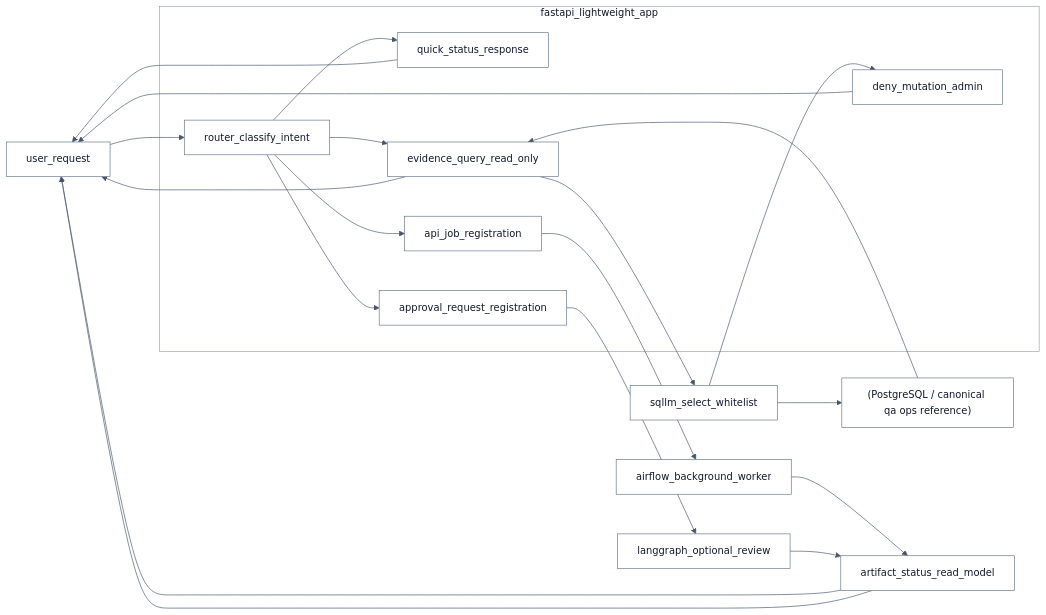
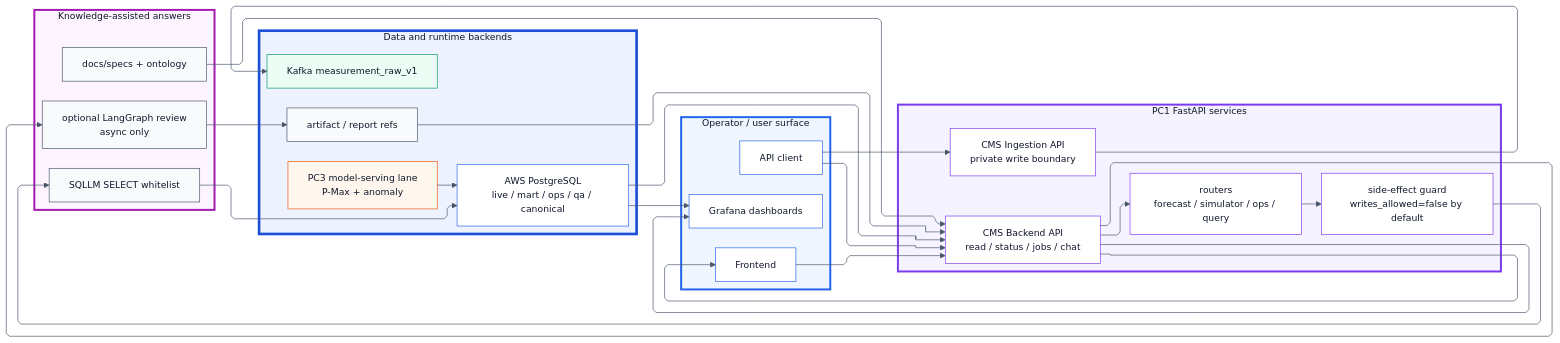
One commit to SKNETWORKS-FAMILY-AICAMP/SKN25-FINAL-4Team changed the diagram in docs/specs/diagrams/flow_05_app_pipeline.mmd. Above: the diagram before and after it, drawn with Mermaid. The commit also changed 296 other files, not shown here.

Commit message:
chore: prepare cms runtime staging branch

```diff
--- a/docs/specs/diagrams/flow_05_app_pipeline.mmd
+++ b/docs/specs/diagrams/flow_05_app_pipeline.mmd
@@ -1,22 +1,75 @@
-%%{init: {"theme": "base", "flowchart": {"htmlLabels": false, "curve": "basis", "nodeSpacing": 60, "rankSpacing": 75}, "themeVariables": {"background": "#ffffff", "mainBkg": "#ffffff", "primaryColor": "#f8fafc", "primaryBorderColor": "#64748b", "primaryTextColor": "#0f172a", "secondaryColor": "#f1f5f9", "secondaryBorderColor": "#94a3b8", "secondaryTextColor": "#0f172a", "tertiaryColor": "#ffffff", "tertiaryBorderColor": "#cbd5e1", "tertiaryTextColor": "#0f172a", "clusterBkg": "#ffffff", "clusterBorder": "#94a3b8", "edgeLabelBackground": "#ffffff", "lineColor": "#475569", "fontFamily": "Arial, sans-serif", "fontSize": "15px"}} }%%
+%%{init: {"theme": "base", "layout": "elk", "flowchart": {"htmlLabels": false, "curve": "linear", "nodeSpacing": 40, "rankSpacing": 58}, "themeVariables": {"background": "#ffffff", "mainBkg": "#ffffff", "primaryColor": "#ffffff", "primaryBorderColor": "#475569", "primaryTextColor": "#0f172a", "secondaryColor": "#f8fafc", "secondaryBorderColor": "#94a3b8", "secondaryTextColor": "#0f172a", "tertiaryColor": "#ffffff", "tertiaryBorderColor": "#cbd5e1", "tertiaryTextColor": "#0f172a", "clusterBkg": "#ffffff", "clusterBorder": "#94a3b8", "edgeLabelBackground": "#ffffff", "lineColor": "#475569", "fontFamily": "Arial, sans-serif", "fontSize": "14px"}} }%%
 flowchart LR
-    U["user_request"]
-    subgraph API["fastapi_lightweight_app"]
-      ROUTE["router_classify_intent"]
-      QUICK["quick_status_response"]
-      EVID["evidence_query_read_only"]
-      JOB["api_job_registration"]
-      APPR["approval_request_registration"]
-      DENY["deny_mutation_admin"]
+    subgraph USER["Operator / user surface"]
+      UI["Frontend"]
+      GRAF["Grafana dashboards"]
+      CLIENT["API client"]
     end
-    SQL["sqllm_select_whitelist"]
-    DB["(PostgreSQL / canonical qa ops reference)"]
-    WF["airflow_background_worker"]
-    LG["langgraph_optional_review"]
-    ART["artifact_status_read_model"]
-    U --> ROUTE
-    ROUTE --> QUICK --> U
-    ROUTE --> EVID --> SQL --> DB --> EVID --> U
-    ROUTE --> JOB --> WF --> ART --> U
-    ROUTE --> APPR --> LG --> ART --> U
-    SQL --> DENY --> U
+
+    subgraph PC1["PC1 FastAPI services"]
+      ING["CMS Ingestion API
+private write boundary"]
+      BACK["CMS Backend API
+read / status / jobs / chat"]
+      ROUTER["routers
+forecast / simulator / ops / query"]
+      GUARD["side-effect guard
+writes_allowed=false by default"]
+    end
+
+    subgraph DATA["Data and runtime backends"]
+      KAFKA["Kafka measurement_raw_v1"]
+      AWSDB["AWS PostgreSQL
+live / mart / ops / qa / canonical"]
+      PC3MODEL["PC3 model-serving lane
+P-Max + anomaly"]
+      ART["artifact / report refs"]
+    end
+
+    subgraph KNOW["Knowledge-assisted answers"]
+      SQL["SQLLM SELECT whitelist"]
+      DOCS["docs/specs + ontology"]
+      REVIEW["optional LangGraph review
+async only"]
+    end
+
+    CLIENT --> ING
+    ING --> KAFKA
+    UI --> BACK
+    CLIENT --> BACK
+    BACK --> ROUTER
+    ROUTER --> GUARD
+    GUARD --> SQL
+    SQL --> AWSDB
+    AWSDB --> BACK
+    PC3MODEL --> AWSDB
+    ART --> BACK
+    BACK --> UI
+    BACK --> GRAF
+    AWSDB --> GRAF
+    DOCS --> BACK
+    BACK --> REVIEW
+    REVIEW --> ART
+
+
+    classDef source fill:#ffffff,stroke:#2563eb,color:#0f172a,stroke-width:1px;
+    classDef api fill:#ffffff,stroke:#7c3aed,color:#0f172a,stroke-width:1px;
+    classDef kafka fill:#ecfdf5,stroke:#059669,color:#0f172a,stroke-width:1px;
+    classDef worker fill:#fff7ed,stroke:#ea580c,color:#0f172a,stroke-width:1px;
+    classDef db fill:#ffffff,stroke:#2563eb,color:#0f172a,stroke-width:1px;
+    classDef qa fill:#fff1f2,stroke:#e11d48,color:#0f172a,stroke-width:1px;
+    classDef mart fill:#fdf4ff,stroke:#a21caf,color:#0f172a,stroke-width:1px;
+    classDef obs fill:#f8fafc,stroke:#475569,color:#0f172a,stroke-width:1px;
+    classDef approval fill:#fefce8,stroke:#ca8a04,color:#0f172a,stroke-width:1px;
+    classDef hub fill:#ffffff,stroke:#334155,color:#0f172a,stroke-width:2px;
+
+    class UI,GRAF,CLIENT source;
+    class ING,BACK,ROUTER,GUARD api;
+    class KAFKA kafka;
+    class AWSDB db;
+    class PC3MODEL worker;
+    class ART,SQL,DOCS,REVIEW obs;
+    style USER fill:#eff6ff,stroke:#2563eb,stroke-width:3px
+    style PC1 fill:#f5f3ff,stroke:#7c3aed,stroke-width:3px
+    style DATA fill:#eef2ff,stroke:#1d4ed8,stroke-width:4px
+    style KNOW fill:#fdf4ff,stroke:#a21caf,stroke-width:3px
```
